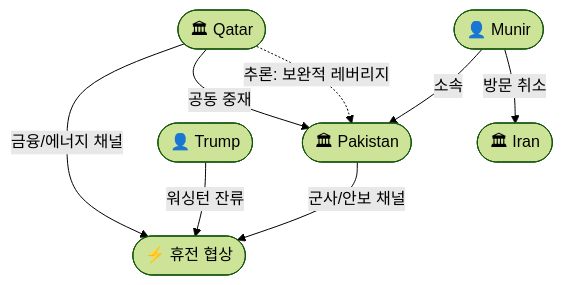
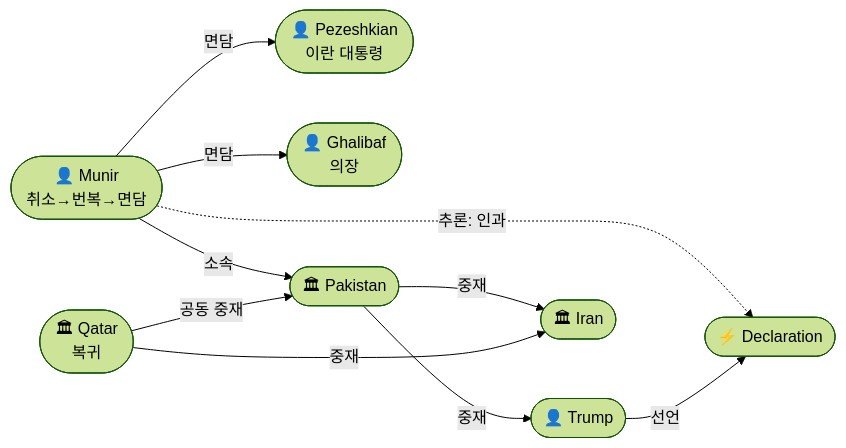
One commit to aifactory-team/onto-osint-for-2026-iran-war changed the third of 3 diagrams in reports/2026/05/2026-05-23.md. Above: the diagram before and after it, drawn with Mermaid (forest theme). The commit also changed other lines of this file and 17 other files, not shown here.

````diff
--- a/reports/2026/05/2026-05-23.md
+++ b/reports/2026/05/2026-05-23.md
@@ -117,17 +161,21 @@
 ```mermaid
-graph TD
+graph LR
+    ent-028(["👤 Munir<br/>취소→번복→면담"])
+    ent-430(["👤 Pezeshkian<br/>이란 대통령"])
+    ent-045(["👤 Ghalibaf<br/>의장"])
     ent-029(["🏛 Pakistan"])
-    ent-336(["🏛 Qatar"])
-    ent-028(["👤 Munir"])
+    ent-336(["🏛 Qatar<br/>복귀"])
     ent-001(["👤 Trump"])
     ent-002(["🏛 Iran"])
-    ent-016(["⚡ 휴전 협상"])
+    ent-427(["⚡ Declaration"])
 
-    ent-029 -->|군사/안보 채널| ent-016
-    ent-336 -->|금융/에너지 채널| ent-016
+    ent-028 -->|면담| ent-430
+    ent-028 -->|면담| ent-045
+    ent-028 -->|소속| ent-029
     ent-336 -->|공동 중재| ent-029
-    ent-028 -->|소속| ent-029
-    ent-028 -->|방문 취소| ent-002
-    ent-001 -->|워싱턴 잔류| ent-016
-    ent-336 -.->|추론: 보완적 레버리지| ent-029
+    ent-029 -->|중재| ent-002
+    ent-029 -->|중재| ent-001
+    ent-336 -->|중재| ent-002
+    ent-028 -.->|추론: 인과| ent-427
+    ent-001 -->|선언| ent-427
 ```
````
